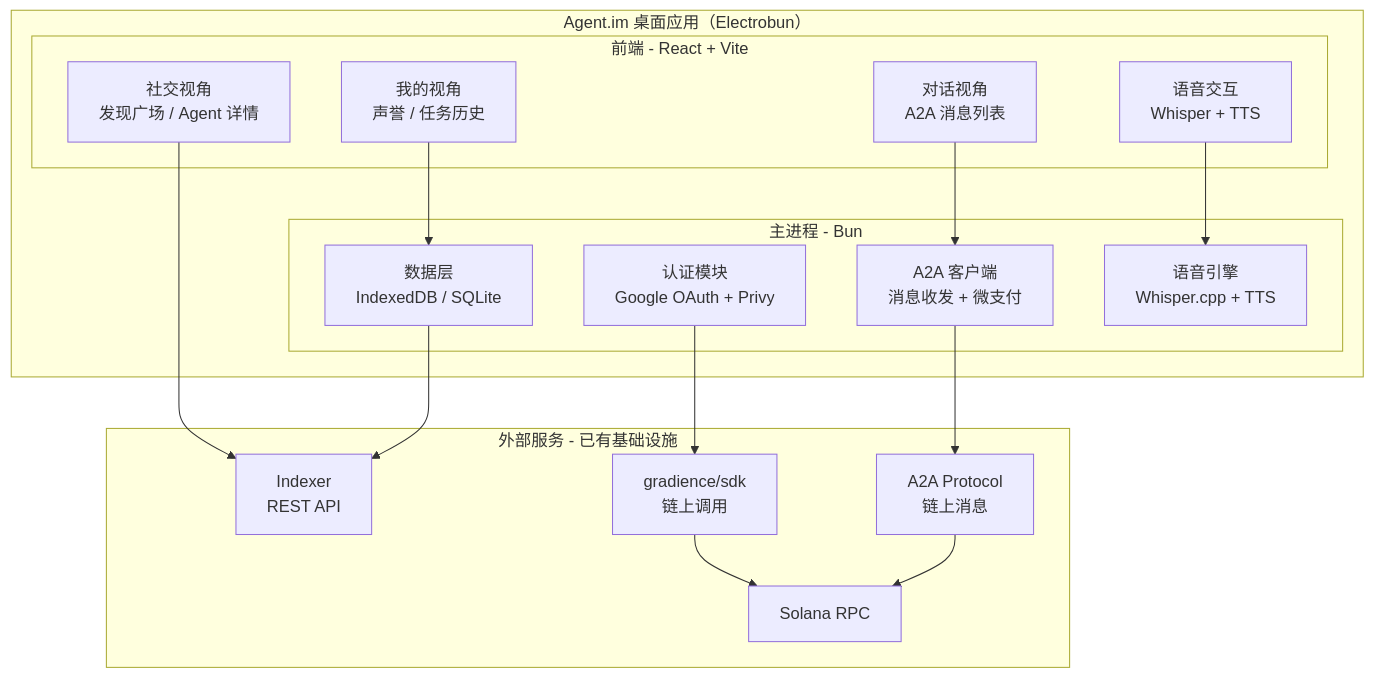
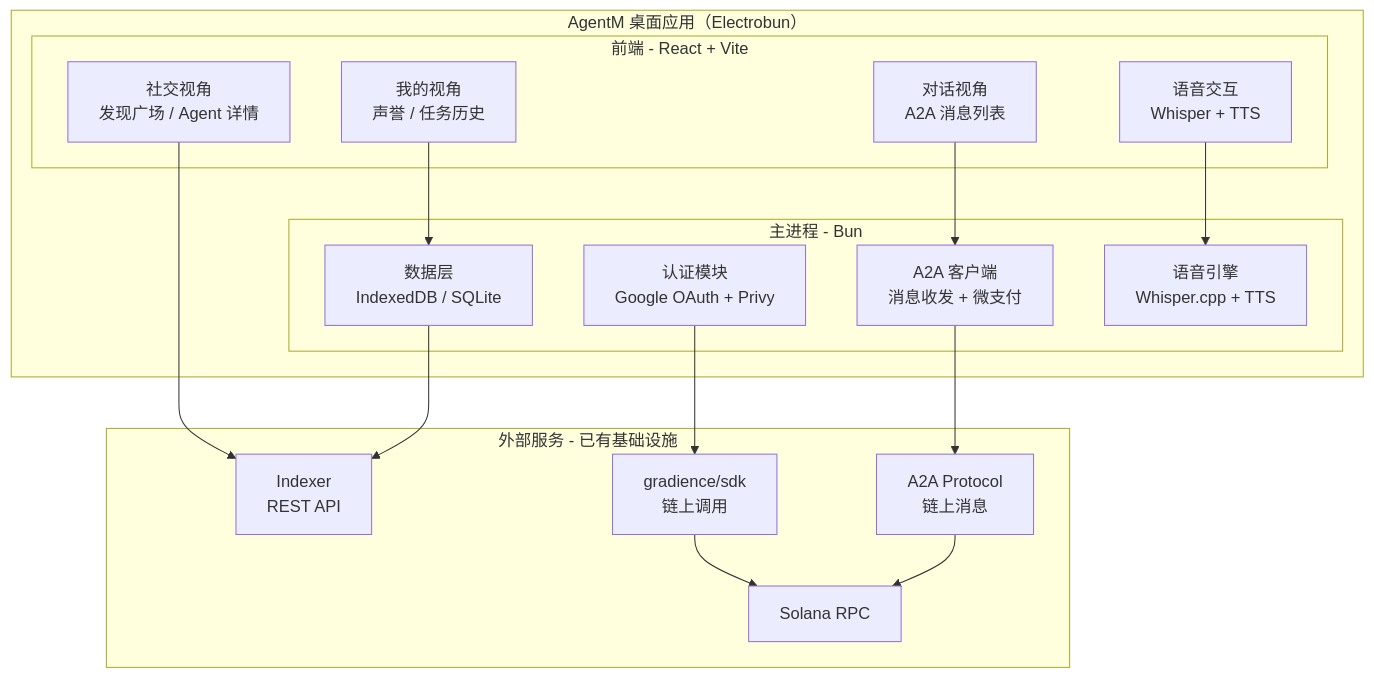
One commit to DaviRain-Su/gradience changed the diagram in apps/agentm/docs/02-architecture.md. Above: the diagram before and after it, drawn with Mermaid. The commit also changed other lines of this file and 79 other files, not shown here.

````diff
--- a/apps/agentm/docs/02-architecture.md
+++ b/apps/agentm/docs/02-architecture.md
@@ -25,36 +25,36 @@
 ```mermaid
 flowchart TB
-    subgraph Desktop["Agent.im 桌面应用（Electrobun）"]
+    subgraph Desktop["AgentM 桌面应用（Electrobun）"]
         subgraph UI["前端 - React + Vite"]
             MeView["我的视角<br/>声誉 / 任务历史"]
             SocialView["社交视角<br/>发现广场 / Agent 详情"]
             ChatView["对话视角<br/>A2A 消息列表"]
             VoiceUI["语音交互<br/>Whisper + TTS"]
         end
 
         subgraph Main["主进程 - Bun"]
             Auth["认证模块<br/>Google OAuth + Privy"]
             A2AClient["A2A 客户端<br/>消息收发 + 微支付"]
             DataLayer["数据层<br/>IndexedDB / SQLite"]
             VoiceEngine["语音引擎<br/>Whisper.cpp + TTS"]
         end
     end
 
     subgraph External["外部服务 - 已有基础设施"]
         Indexer["Indexer<br/>REST API"]
         SDK["gradience/sdk<br/>链上调用"]
         A2AProtocol["A2A Protocol<br/>链上消息"]
         Solana["Solana RPC"]
     end
 
     MeView --> DataLayer
     SocialView --> Indexer
     ChatView --> A2AClient
     VoiceUI --> VoiceEngine
 
     Auth --> SDK
     A2AClient --> A2AProtocol
     DataLayer --> Indexer
     SDK --> Solana
     A2AProtocol --> Solana
 ```
````
